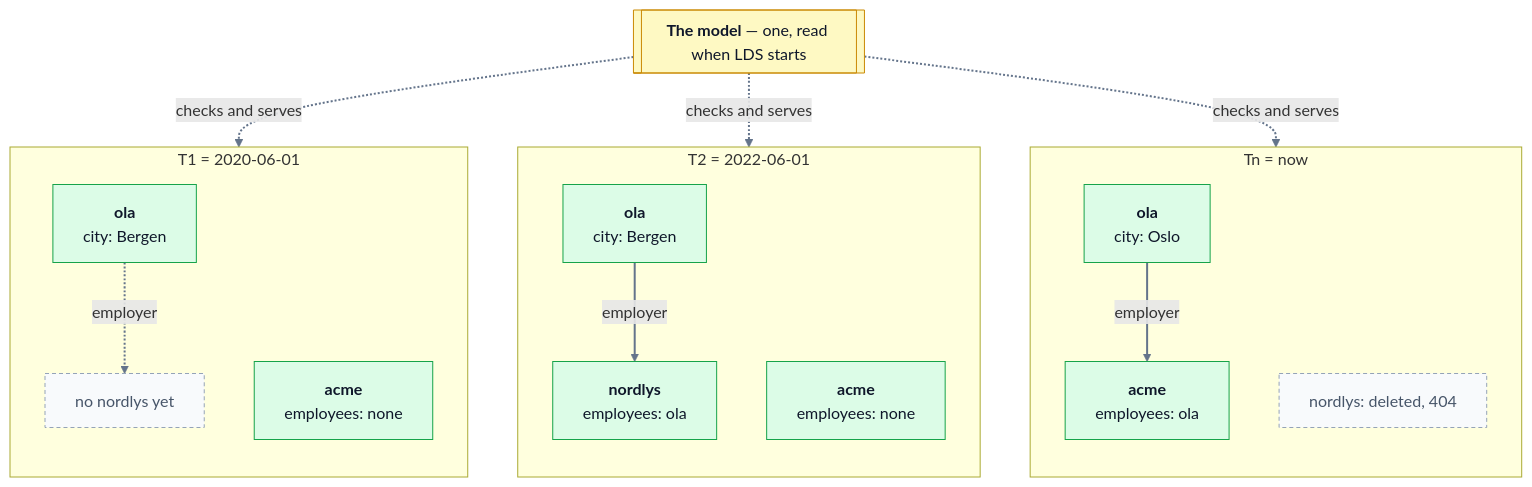
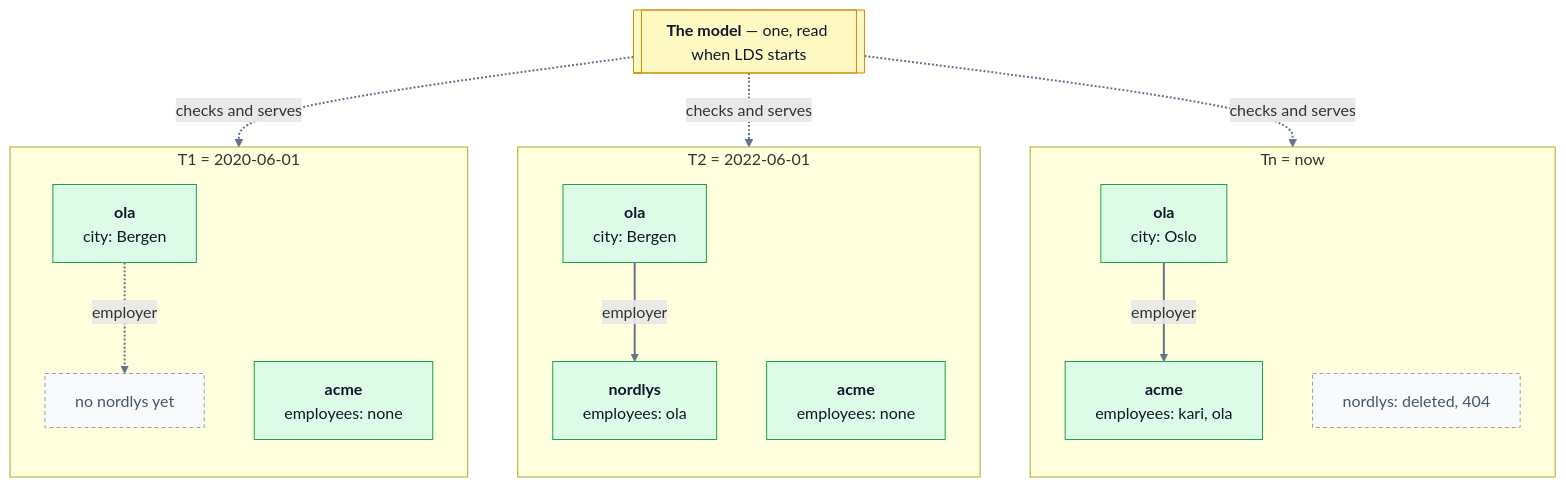
Before and after one commit to descoped/linked-data-store-project: the eighth of 9 diagrams in docs/user/concepts.md, drawn with Mermaid. The commit also changed other lines of this file and 67 other files, not shown here.

````diff
--- a/docs/user/concepts.md
+++ b/docs/user/concepts.md
@@ -679,32 +681,32 @@
 ```mermaid
 flowchart TB
     model[["<b>The model</b> — one, read when LDS starts"]]
     subgraph T1["T1 = 2020-06-01"]
         direction TB
         ola1["<b>ola</b><br/>city: Bergen"]:::doc
         none1["no nordlys yet"]:::gone
         acme1["<b>acme</b><br/>employees: none"]:::doc
         ola1 -. employer .-> none1
     end
     subgraph T2["T2 = 2022-06-01"]
         direction TB
         ola2["<b>ola</b><br/>city: Bergen"]:::doc
         nordlys2["<b>nordlys</b><br/>employees: ola"]:::doc
         acme2["<b>acme</b><br/>employees: none"]:::doc
         ola2 -- employer --> nordlys2
     end
     subgraph Tn["Tn = now"]
         direction TB
         ola3["<b>ola</b><br/>city: Oslo"]:::doc
-        acme3["<b>acme</b><br/>employees: ola"]:::doc
+        acme3["<b>acme</b><br/>employees: kari, ola"]:::doc
         nordlys3["nordlys: deleted, 404"]:::gone
         ola3 -- employer --> acme3
     end
     model -. checks and serves .-> T1
     model -. checks and serves .-> T2
     model -. checks and serves .-> Tn
     classDef doc fill:#dcfce7,stroke:#16a34a,color:#0f172a
     classDef gone fill:#f8fafc,stroke:#94a3b8,color:#475569,stroke-dasharray: 4 3
     style model fill:#fef9c3,stroke:#ca8a04,color:#0f172a
     linkStyle default stroke:#64748b,stroke-width:2px
 ```
````
